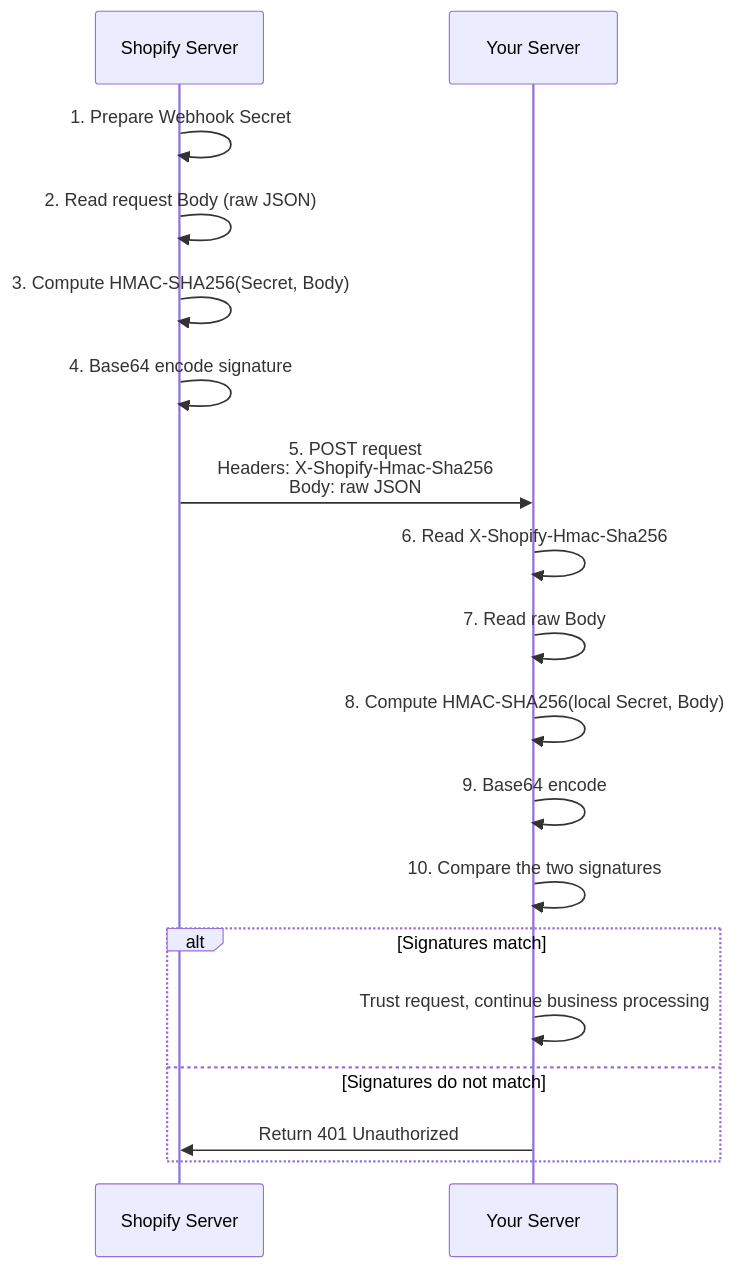
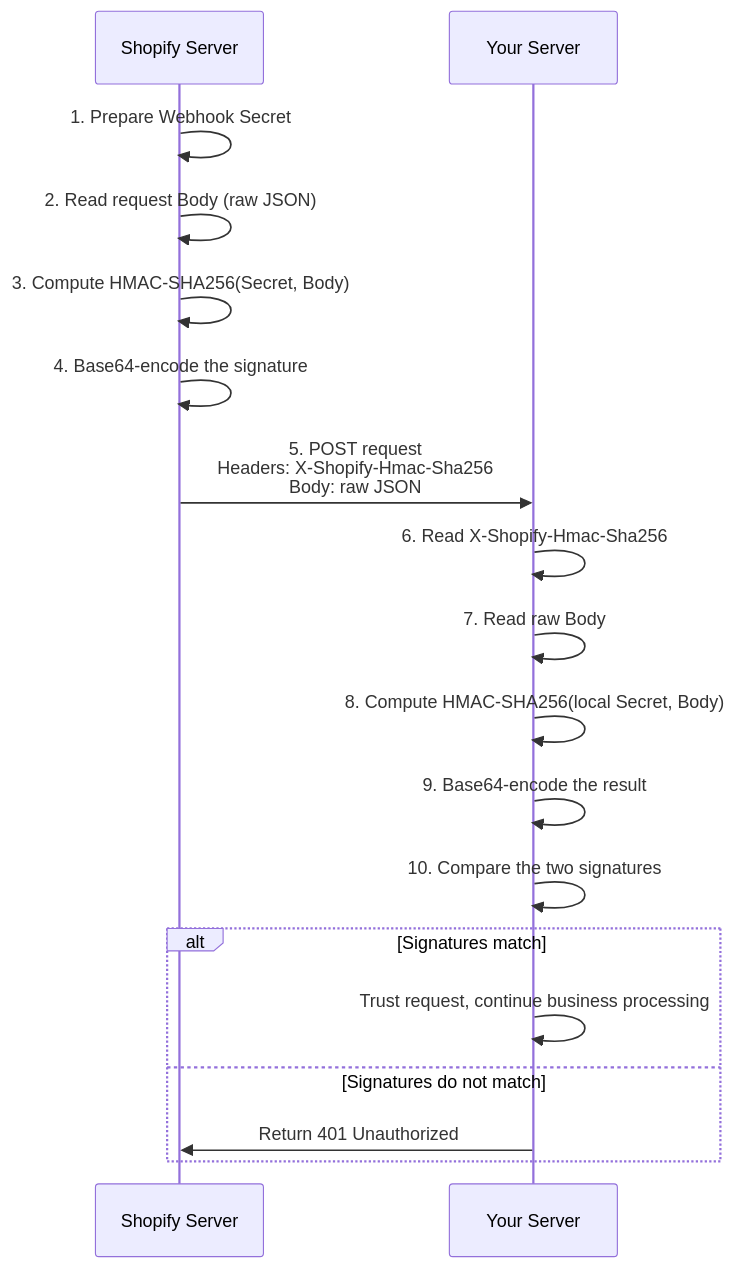
One commit to daheige/loyalty-system changed the first of 2 diagrams in shopify_verify.md. Above: the diagram before and after it, drawn with Mermaid. The commit also changed other lines of this file, not shown here.

````diff
--- a/shopify_verify.md
+++ b/shopify_verify.md
@@ -34,23 +34,23 @@
 ```mermaid
 sequenceDiagram
     participant Shopify as Shopify Server
     participant App as Your Server
 
     Shopify->>Shopify: 1. Prepare Webhook Secret
     Shopify->>Shopify: 2. Read request Body (raw JSON)
     Shopify->>Shopify: 3. Compute HMAC-SHA256(Secret, Body)
-    Shopify->>Shopify: 4. Base64 encode signature
+    Shopify->>Shopify: 4. Base64-encode the signature
     Shopify->>App: 5. POST request<br/>Headers: X-Shopify-Hmac-Sha256<br/>Body: raw JSON
 
     App->>App: 6. Read X-Shopify-Hmac-Sha256
     App->>App: 7. Read raw Body
     App->>App: 8. Compute HMAC-SHA256(local Secret, Body)
-    App->>App: 9. Base64 encode
+    App->>App: 9. Base64-encode the result
     App->>App: 10. Compare the two signatures
 
     alt Signatures match
         App->>App: Trust request, continue business processing
     else Signatures do not match
         App->>Shopify: Return 401 Unauthorized
     end
 ```
````
